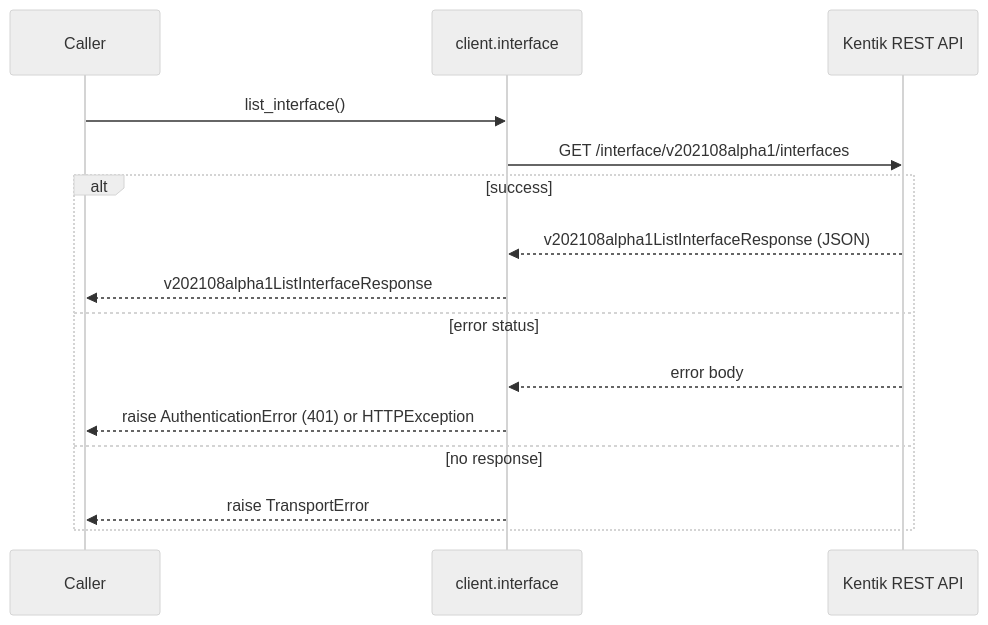
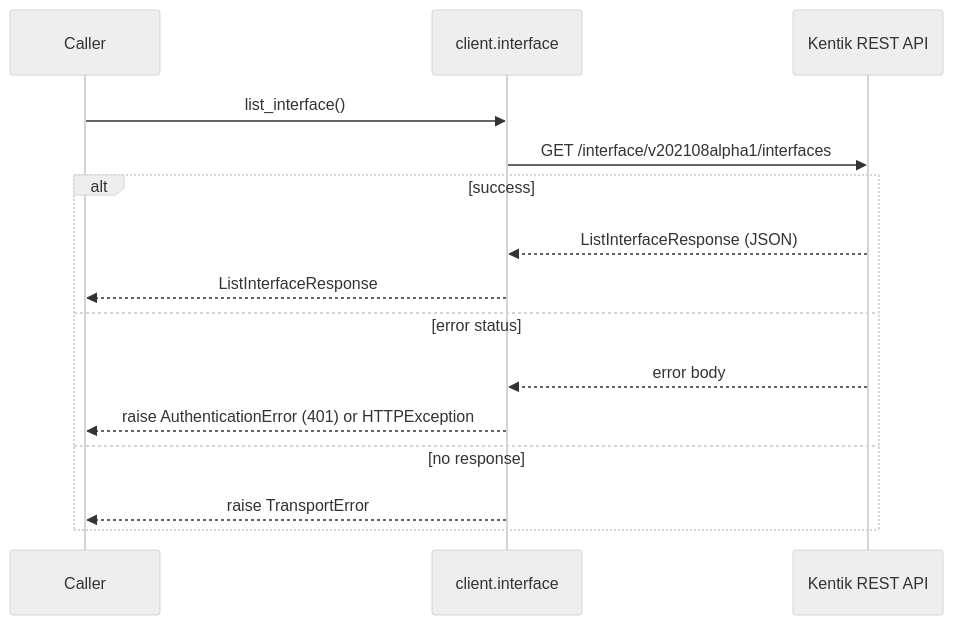
Before and after one commit to alexdearaujo/community_sdk_python: the second of 14 diagrams in docs/sphinx/services/interface.md, drawn with Mermaid (neutral theme). The commit also changed other lines of this file and 38 other files, not shown here.

````diff
--- a/docs/sphinx/services/interface.md
+++ b/docs/sphinx/services/interface.md
@@ -38,18 +38,18 @@
 ```mermaid
 sequenceDiagram
     participant C as Caller
     participant W as client.interface
     participant API as Kentik REST API
 
     C->>W: list_interface()
     W->>API: GET /interface/v202108alpha1/interfaces
     alt success
-        API-->>W: v202108alpha1ListInterfaceResponse (JSON)
-        W-->>C: v202108alpha1ListInterfaceResponse
+        API-->>W: ListInterfaceResponse (JSON)
+        W-->>C: ListInterfaceResponse
     else error status
         API-->>W: error body
         W-->>C: raise AuthenticationError (401) or HTTPException
     else no response
         W-->>C: raise TransportError
     end
 ```
````
